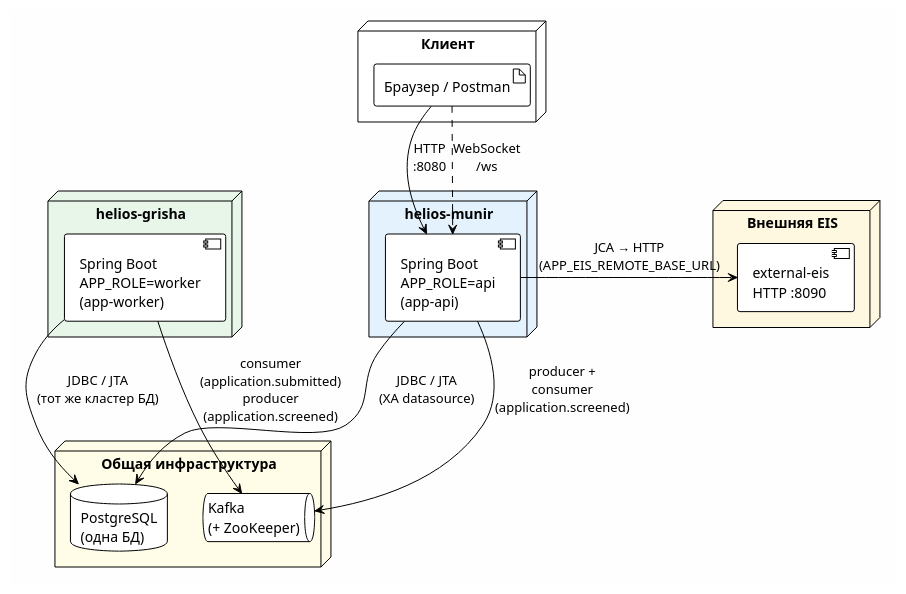
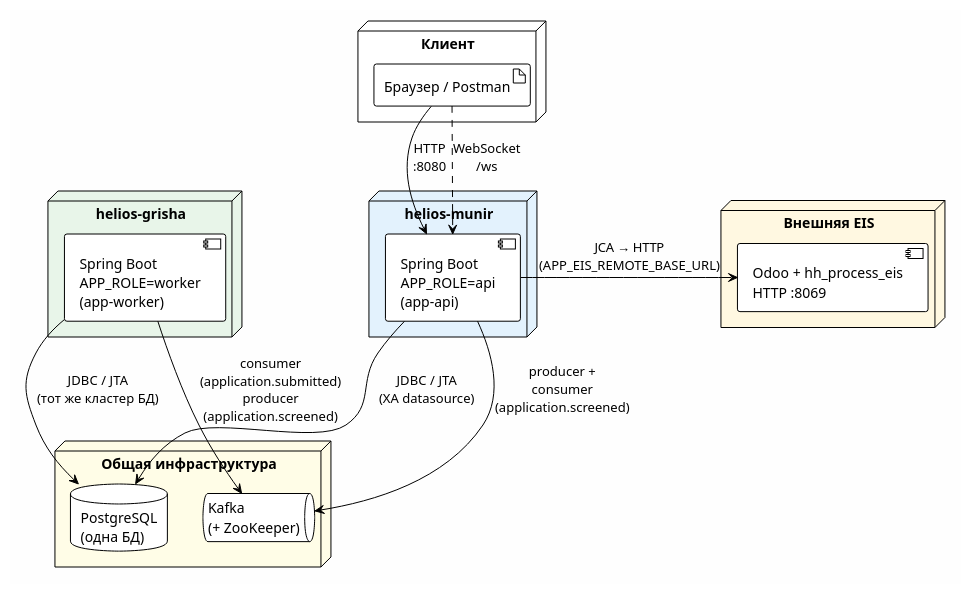
Before and after one commit to msuny-c/hh-process: the diagram in report/diagrams/deployment.puml, drawn with PlantUML. The commit also changed 52 other files, not shown here.

```diff
--- a/report/diagrams/deployment.puml
+++ b/report/diagrams/deployment.puml
@@ -1,38 +1,38 @@
 @startuml deployment_eis
 !theme plain
 skinparam backgroundColor #FEFEFE
 skinparam shadowing false
 
 node "Клиент" as c {
   artifact "Браузер / Postman" as browser
 }
 
 node "helios-munir" as munir #E3F2FD {
   component "Spring Boot\nAPP_ROLE=api\n(app-api)" as api
 }
 
 node "helios-grisha" as grisha #E8F5E9 {
   component "Spring Boot\nAPP_ROLE=worker\n(app-worker)" as worker
 }
 
 node "Общая инфраструктура" as infra #FFFDE7 {
   database "PostgreSQL\n(одна БД)" as pgmain
   queue "Kafka\n(+ ZooKeeper)" as kafka
 }
 
 node "Внешняя EIS" as eis #FFF8E1 {
-  component "external-eis\nHTTP :8090" as exteis
+  component "Odoo + hh_process_eis\nHTTP :8069" as exteis
 }
 
 browser -down-> api : HTTP\n:8080
 browser ..> api : WebSocket\n/ws
 
 api --> pgmain : JDBC / JTA\n(XA datasource)
 worker --> pgmain : JDBC / JTA\n(тот же кластер БД)
 
 api --> kafka : producer +\nconsumer\n(application.screened)
 worker --> kafka : consumer\n(application.submitted)\nproducer\n(application.screened)
 
 api -right-> exteis : JCA → HTTP\n(APP_EIS_REMOTE_BASE_URL)
 
 @enduml
```
